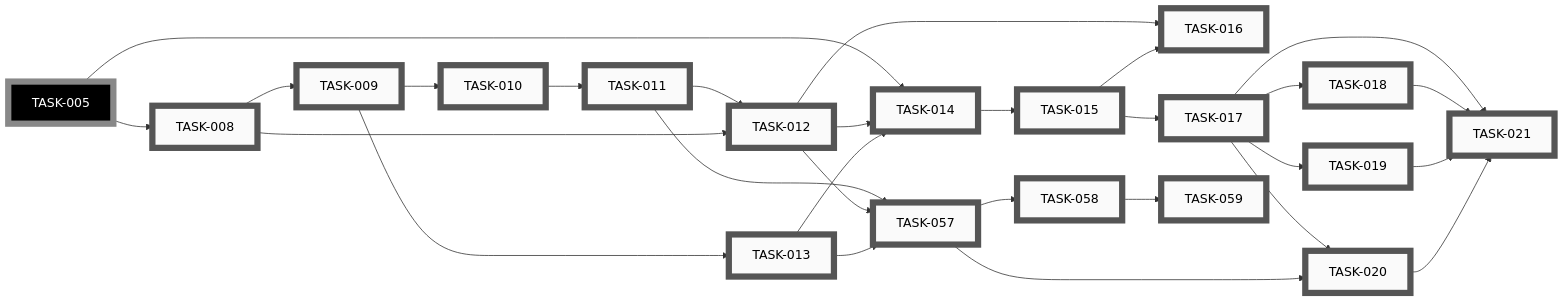
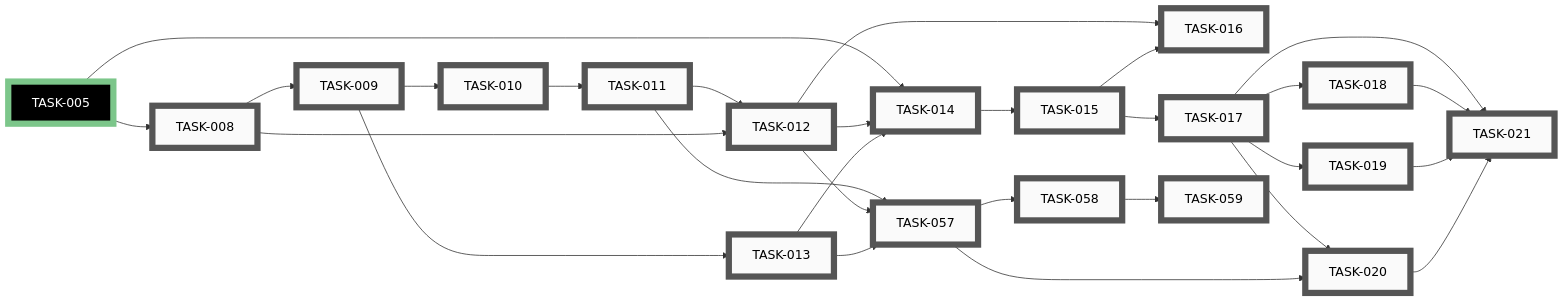
Before and after one commit to tgd1975/CircuitSmith: the second of 10 diagrams in docs/developers/tasks/EPICS.md, drawn with Mermaid. The commit also changed other lines of this file and 36 other files, not shown here.

````diff
--- a/docs/developers/tasks/EPICS.md
+++ b/docs/developers/tasks/EPICS.md
@@ -90,74 +90,74 @@
 ```mermaid
 graph LR
     TASK_008["TASK-008"]:::open
     TASK_009["TASK-009"]:::open
     TASK_010["TASK-010"]:::open
     TASK_011["TASK-011"]:::open
     TASK_012["TASK-012"]:::open
     TASK_013["TASK-013"]:::open
     TASK_014["TASK-014"]:::open
     TASK_015["TASK-015"]:::open
     TASK_016["TASK-016"]:::open
     TASK_017["TASK-017"]:::open
     TASK_018["TASK-018"]:::open
     TASK_019["TASK-019"]:::open
     TASK_020["TASK-020"]:::open
     TASK_021["TASK-021"]:::open
     TASK_057["TASK-057"]:::open
     TASK_058["TASK-058"]:::open
     TASK_059["TASK-059"]:::open
-    TASK_005["TASK-005"]:::openExt
+    TASK_005["TASK-005"]:::closedExt
     TASK_005 --> TASK_008
     TASK_008 --> TASK_009
     TASK_009 --> TASK_010
     TASK_010 --> TASK_011
     TASK_011 --> TASK_012
     TASK_008 --> TASK_012
     TASK_009 --> TASK_013
     TASK_005 --> TASK_014
     TASK_012 --> TASK_014
     TASK_013 --> TASK_014
     TASK_014 --> TASK_015
     TASK_012 --> TASK_016
     TASK_015 --> TASK_016
     TASK_015 --> TASK_017
     TASK_017 --> TASK_018
     TASK_017 --> TASK_019
     TASK_017 --> TASK_020
     TASK_057 --> TASK_020
     TASK_017 --> TASK_021
     TASK_018 --> TASK_021
     TASK_019 --> TASK_021
     TASK_020 --> TASK_021
     TASK_011 --> TASK_057
     TASK_012 --> TASK_057
     TASK_013 --> TASK_057
     TASK_057 --> TASK_058
     TASK_058 --> TASK_059
     click TASK_008 "open/task-008-implement-netgraph-data-model.md"
     click TASK_009 "open/task-009-implement-layout-kernel-canonical-slots.md"
     click TASK_010 "open/task-010-implement-manhattan-router.md"
     click TASK_011 "open/task-011-implement-v01-structural-rubric.md"
     click TASK_012 "open/task-012-implement-renderer.md"
     click TASK_013 "open/task-013-write-layout-json-schema.md"
     click TASK_014 "open/task-014-author-circuit-yml-and-layout-yml-pairs.md"
     click TASK_015 "open/task-015-cutover-pr-retire-old-generator.md"
     click TASK_016 "open/task-016-write-renderer-and-layout-docs.md"
     click TASK_017 "open/task-017-implement-ai-placer-convergence-loop.md"
     click TASK_018 "open/task-018-add-no-ai-fallback-flag.md"
     click TASK_019 "open/task-019-extend-rubric-with-numeric-checks.md"
     click TASK_020 "open/task-020-extend-meta-yml-provenance.md"
     click TASK_021 "open/task-021-update-layout-docs-for-ai-placer.md"
     click TASK_057 "open/task-057-emit-v01-escalations-to-meta-yml.md"
     click TASK_058 "open/task-058-implement-check-phase2b-trigger.md"
     click TASK_059 "open/task-059-wire-phase2b-gate-into-release-script.md"
-    click TASK_005 "open/task-005-write-circuit-json-schema.md"
+    click TASK_005 "closed/task-005-write-circuit-json-schema.md"
     classDef open    fill:#FAFAFA,stroke:#555,stroke-width:8px,color:#000
     classDef active  fill:#FAFAFA,stroke:#1A6FA8,stroke-width:8px,color:#000
     classDef closed  fill:#FAFAFA,stroke:#3F8B53,stroke-width:8px,color:#000
     classDef paused  fill:#FAFAFA,stroke:#B07810,stroke-width:8px,color:#000
     classDef openExt    fill:#000,stroke:#888,stroke-width:8px,color:#FFF
     classDef activeExt  fill:#000,stroke:#3FA9F5,stroke-width:8px,color:#FFF
     classDef closedExt  fill:#000,stroke:#7CC68A,stroke-width:8px,color:#FFF
     classDef pausedExt  fill:#000,stroke:#F0B030,stroke-width:8px,color:#FFF
 ```
````
